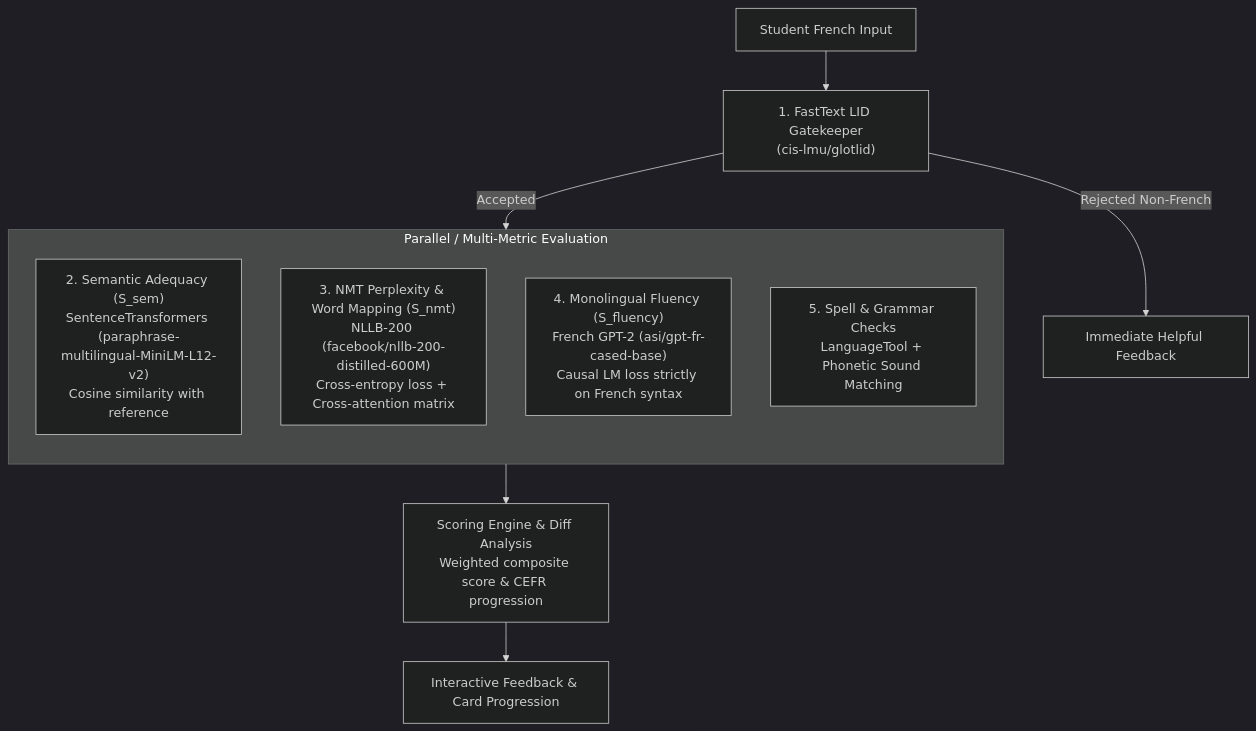
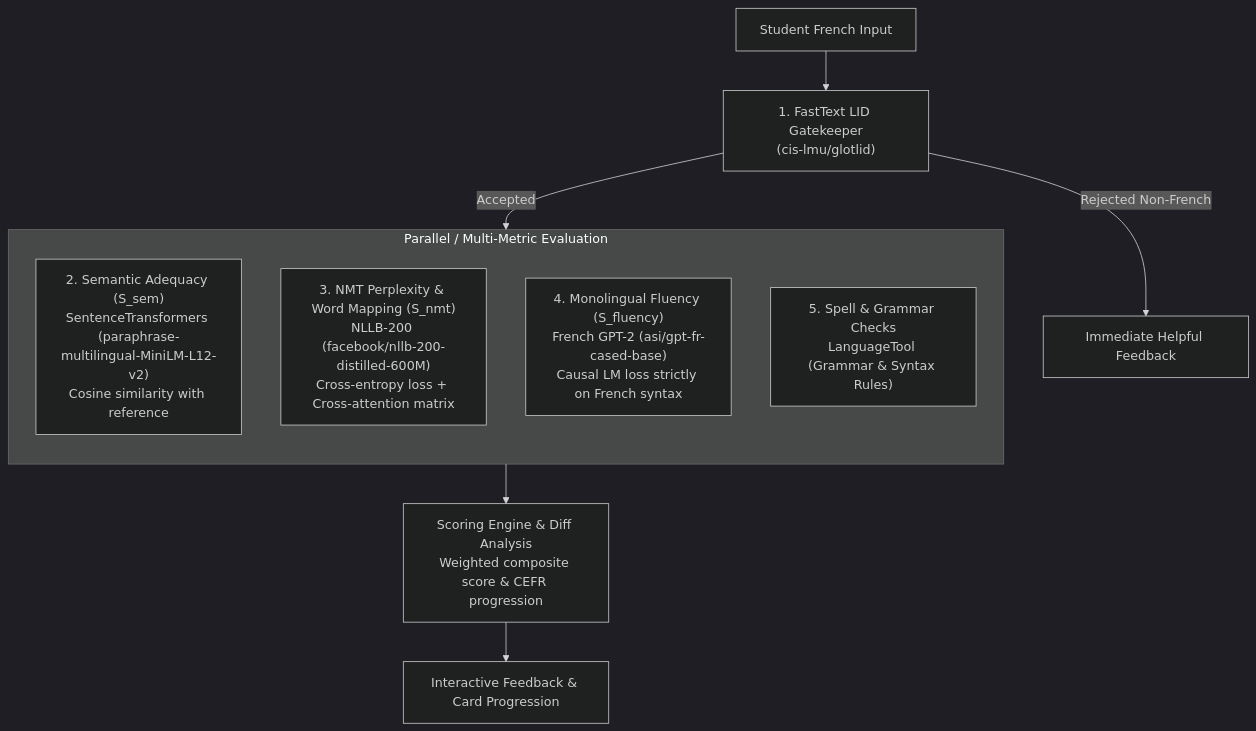
Before and after one commit to eyengabompongo8/deep-tutor: the diagram in README.md, drawn with Mermaid (dark theme). The commit also changed other lines of this file and 6 other files, not shown here.

First line of the commit message:
refactor(ml): remove soundness and phonetic matching heuristics

````diff
--- a/README.md
+++ b/README.md
@@ -47,17 +47,17 @@
 ```mermaid
 flowchart TD
     Input["Student French Input"] --> LID["1. FastText LID Gatekeeper\n(cis-lmu/glotlid)"]
     LID -->|Rejected Non-French| Reject["Immediate Helpful Feedback"]
     LID -->|Accepted| EvalParallel["Evaluation Pipeline"]
 
     subgraph EvalParallel ["Parallel / Multi-Metric Evaluation"]
         direction TB
         S_sem["2. Semantic Adequacy (S_sem)\nSentenceTransformers (paraphrase-multilingual-MiniLM-L12-v2)\nCosine similarity with reference"]
         S_nmt["3. NMT Perplexity & Word Mapping (S_nmt)\nNLLB-200 (facebook/nllb-200-distilled-600M)\nCross-entropy loss + Cross-attention matrix"]
         S_fl["4. Monolingual Fluency (S_fluency)\nFrench GPT-2 (asi/gpt-fr-cased-base)\nCausal LM loss strictly on French syntax"]
-        S_spell["5. Spell & Grammar Checks\nLanguageTool + Phonetic Sound Matching"]
+        S_spell["5. Spell & Grammar Checks\nLanguageTool (Grammar & Syntax Rules)"]
     end
 
     EvalParallel --> Aggregator["Scoring Engine & Diff Analysis\nWeighted composite score & CEFR progression"]
     Aggregator --> Output["Interactive Feedback & Card Progression"]
 ```
````
